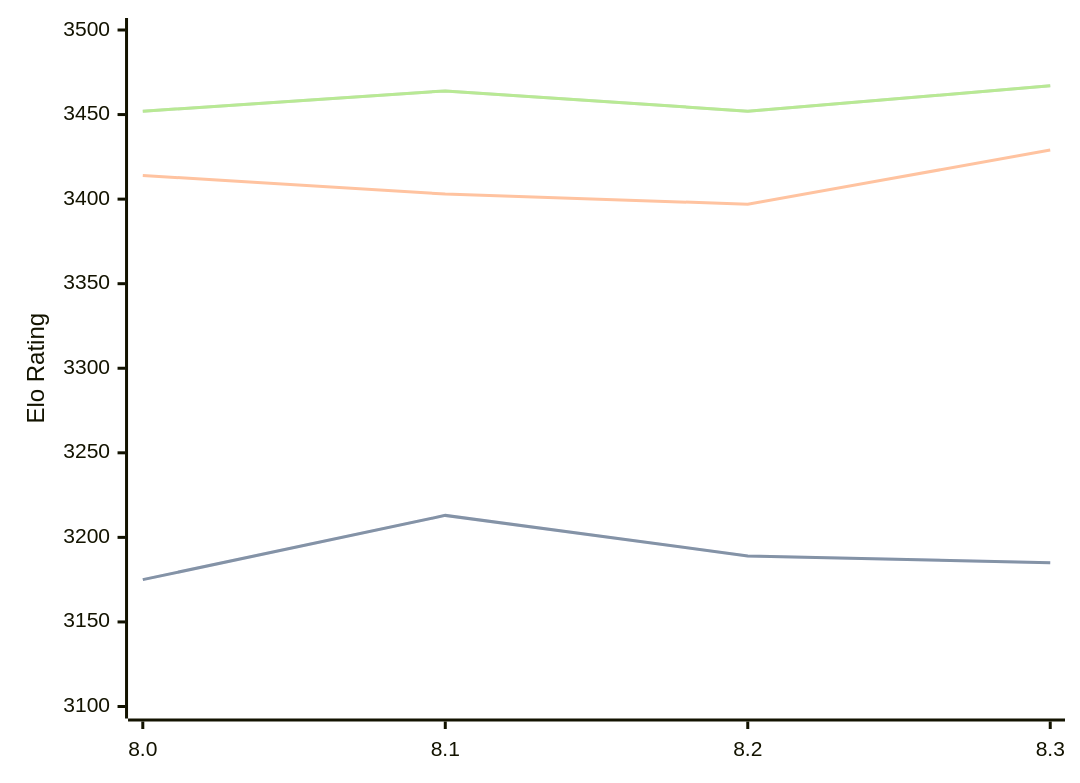
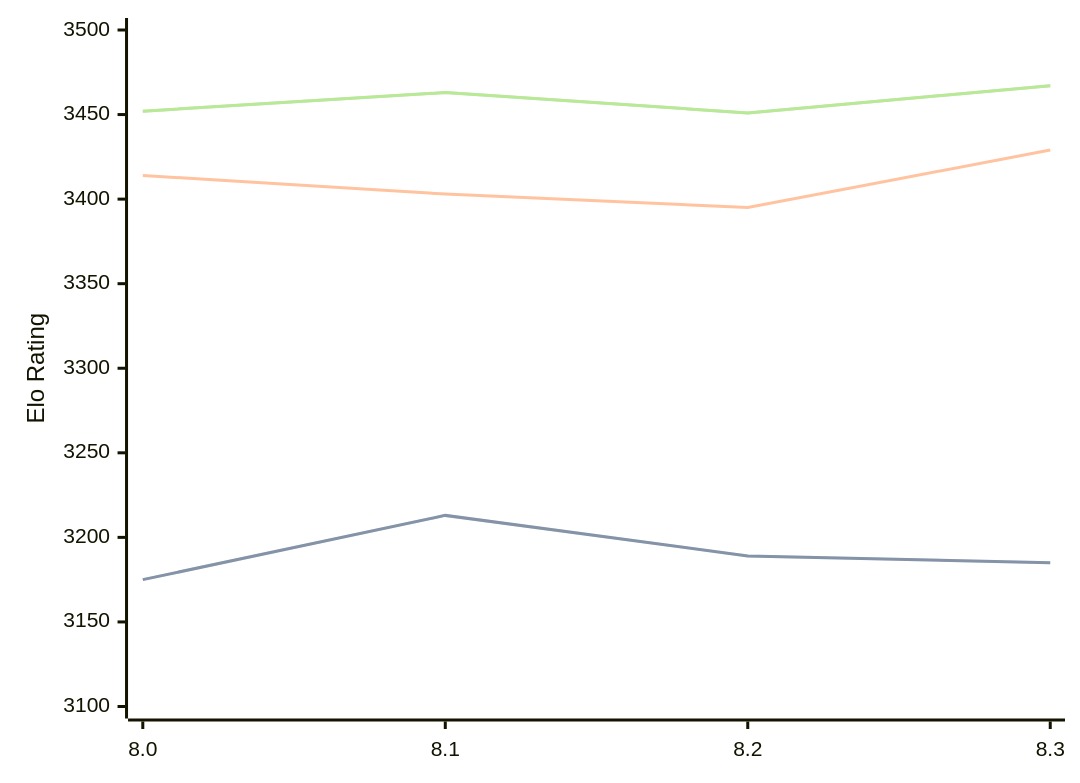
One commit to computer-chess-index/cci changed the diagram in engines/Alexander.md. Above: the diagram before and after it, drawn with Mermaid. The commit also changed other lines of this file, not shown here.

Commit message:
Update CCI Ratings (ELO VLTC) - 2026-04-28

````diff
--- a/engines/Alexander.md
+++ b/engines/Alexander.md
@@ -48,11 +48,11 @@
 ```mermaid
 %%{init: {"theme":"base","themeVariables":{"seriesColors:['#a3a3a3','#222221','#faa371']}}}%%
 xychart-beta
   x-axis ["8.0", "8.1", "8.2", "8.3"]
   y-axis "Elo Rating" 3100 --> 3500
   line "STC (8.0+0.08s)" [3175, 3213, 3189, 3185]
   line "STC (8.0+0.08s)" [3175, 3213, 3189, 3185]
-  line "LTC (60.0+0.60s)" [3414, 3403, 3397, 3429]
-  line "VLTC (2m24s+1.12s)" [3452, 3464, 3452, 3467]
-  line "VLTC (2m24s+1.12s)" [3452, 3464, 3452, 3467]
+  line "LTC (60.0+0.60s)" [3414, 3403, 3395, 3429]
+  line "VLTC (2m24s+1.12s)" [3452, 3463, 3451, 3467]
+  line "VLTC (2m24s+1.12s)" [3452, 3463, 3451, 3467]
 ```
````
